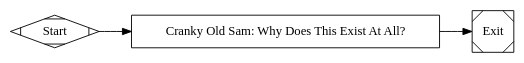
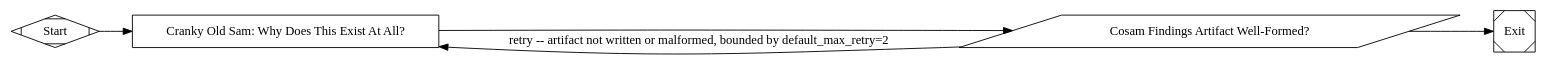
The diagram in pipelines/think_like_ken/subgraphs/cosam_lens.dot (kenotron-ms/amplifier-bundle-kenergy), drawn with Graphviz before and after one commit. The commit also changed 24 other files, not shown here.

```diff
--- a/pipelines/think_like_ken/subgraphs/cosam_lens.dot
+++ b/pipelines/think_like_ken/subgraphs/cosam_lens.dot
@@ -1,42 +1,54 @@
 // cosam_lens.dot
 //
 // Subgraph rendering of the "cranky-old-sam" skill
 // (skills/cranky-old-sam/SKILL.md): a simplicity-obsessed inline sanity
 // check on the synthesized decisions, not a separate agent dispatch --
 // invoked from think_like_ken.dot's Phase 3 when the synthesis step flags
 // needs_simplicity_lens=true.
 //
 // Prompt ported near-verbatim from the skill's Output Structure ("What this
 // actually needs to do" / "What's unnecessary" / "The simpler version" /
 // "What stays").
 //
 // Inputs:
 //   $decisions_path - path to .resolve/design/decisions.json
 //
 // Outputs:
 //   cosam.findings - the simplicity critique, folded back into the
 //                     consolidated review
 
 digraph cosam_lens {
   graph [rankdir=LR, default_max_retry=2, default_fidelity="summary:high"];
 
   Start [shape=Mdiamond, label="Start"];
   Exit  [shape=Msquare,  label="Exit"];
 
   // Emits cosam.findings via report_outcome's context_updates directly --
   // this graph's own header documents cosam.findings as its output, and
   // think_like_ken.dot's ConsolidatedReview prompt reads ${cosam.findings}
   // -- but writing .resolve/design/cosam_findings.json alone never promoted
   // it into context (same missing-writer bug class fixed throughout this
   // repo's other subgraphs; here resolved via context_updates directly on
   // the single box node, rather than a separate file-reading tool node,
   // since there is only one producer node and no downstream file consumer).
   CosamReview [
     shape=box, goal_gate=true, fidelity="full",
     label="Cranky Old Sam: Why Does This Exist At All?",
-    prompt="Read ${decisions_path}. Embody Cranky Old Sam: a simplicity zealot, exasperated by unnecessary complexity, calm and warm about things that are actually minimal.\n\nFor every component, abstraction, or layer implied by these decisions, ask: does this justify its existence? What breaks if you remove it? Is this solving a problem you have, or one you might have? The burden of proof is on the complexity.\n\nDeliver: (1) What this actually needs to do -- the problem stripped to its core; (2) What's unnecessary -- specific things that exist without sufficient justification, what happens if removed; (3) The simpler version -- a concrete alternative with fewer parts, not a vague gesture; (4) What stays -- the parts that are actually necessary, acknowledged plainly.\n\nBe specific. 'This is too complex' is not useful; 'this abstraction layer adds indirection but every implementation does the same thing' is useful. Write .resolve/design/cosam_findings.json with {\"unnecessary\":[...],\"simpler_version\":\"...\",\"what_stays\":\"...\"}. Call the report_outcome tool with status=\"success\", context_updates={\"cosam.findings\": \"<your full (1)-(4) critique text, verbatim>\"}, and preferred_label=\"cosam_reviewed\" (also print the single line: cosam_reviewed)"
+    prompt="Read ${decisions_path}. Embody Cranky Old Sam: a simplicity zealot, exasperated by unnecessary complexity, calm and warm about things that are actually minimal.\n\nFor every component, abstraction, or layer implied by these decisions, ask: does this justify its existence? What breaks if you remove it? Is this solving a problem you have, or one you might have? The burden of proof is on the complexity.\n\nDeliver: (1) What this actually needs to do -- the problem stripped to its core; (2) What's unnecessary -- specific things that exist without sufficient justification, what happens if removed; (3) The simpler version -- a concrete alternative with fewer parts, not a vague gesture; (4) What stays -- the parts that are actually necessary, acknowledged plainly.\n\nBe specific. 'This is too complex' is not useful; 'this abstraction layer adds indirection but every implementation does the same thing' is useful. Write .resolve/design/cosam_findings.json with {\"unnecessary\":[...],\"simpler_version\":\"...\",\"what_stays\":\"...\"}\n\n=== REPORT_OUTCOME CONTRACT (MANDATORY) ===\nThis is the single most important instruction in this prompt. Do NOT respond with plain-text prose as your final action. When the task above is complete, you MUST call the report_outcome tool with status=\"success\", context_updates={\"cosam.findings\": \"<your full (1)-(4) critique text, verbatim>\"} and preferred_label=\"cosam_reviewed\" (also print the single line: cosam_reviewed). This tool call is required for the pipeline to proceed; prose alone will fail the gate.\n=========================================="
   ];
 
-  Start       -> CosamReview;
-  CosamReview -> Exit;
+  // Deterministic gate: same pattern as coe_lens.dot's CoeArtifactGate --
+  // confirm the required artifact file has the required keys before exiting.
+  // The critique's substantive quality remains a genuine judgment call (no
+  // deeper observable proxy exists); this only confirms the well-formed-
+  // artifact floor.
+  CosamArtifactGate [
+    shape=parallelogram, label="Cosam Findings Artifact Well-Formed?",
+    tool_command="#!/bin/sh\nset -e\npython3 -c \"\nimport json\ntry:\n  d=json.load(open('.resolve/design/cosam_findings.json'))\n  ok = isinstance(d.get('unnecessary'), list) and isinstance(d.get('simpler_version'), str) and d['simpler_version'].strip() != '' and isinstance(d.get('what_stays'), str)\nexcept Exception:\n  ok = False\nprint('ok' if ok else 'missing')\n\""
+  ];
+
+  Start           -> CosamReview;
+  CosamReview     -> CosamArtifactGate;
+  CosamArtifactGate -> Exit        [condition="context.tool.last_line=ok", weight="2"];
+  CosamArtifactGate -> CosamReview [condition="context.tool.last_line=missing", loop_restart="true", label="retry -- artifact not written or malformed, bounded by default_max_retry=2"];
 }
```
